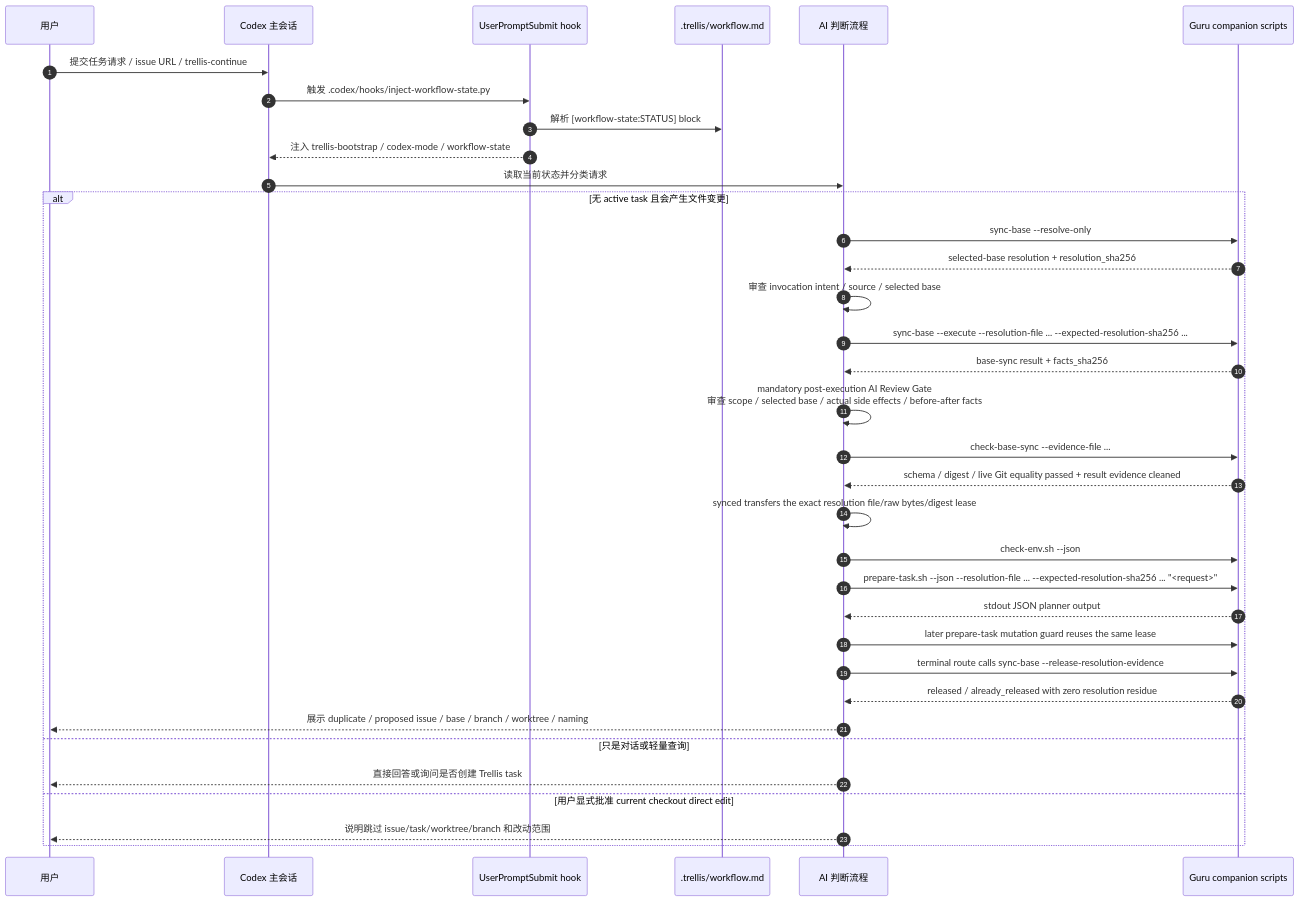
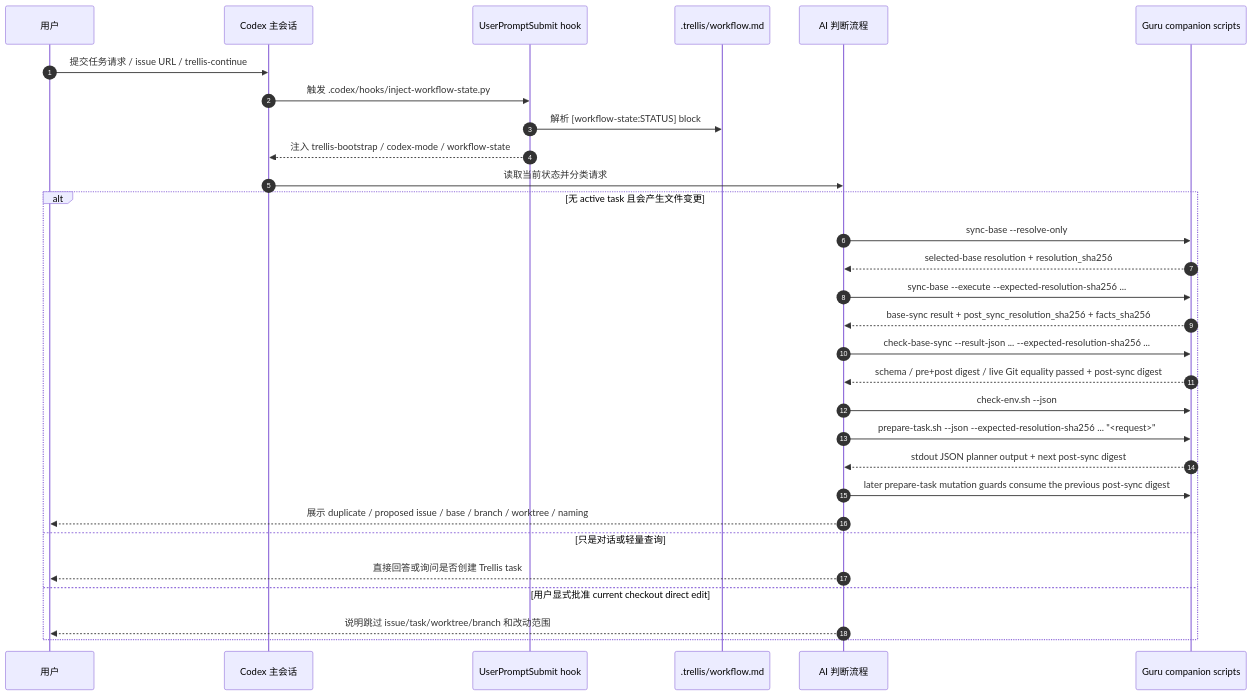
The third of 6 diagrams in docs/requirements/guru-team-trellis-flow.md (castbox/guru-trellis), drawn with Mermaid before and after one commit. The commit also changed other lines of this file and 93 other files, not shown here.

````diff
--- a/docs/requirements/guru-team-trellis-flow.md
+++ b/docs/requirements/guru-team-trellis-flow.md
@@ -128,38 +129,33 @@
 ```mermaid
 sequenceDiagram
   autonumber
   participant User as 用户
   participant Codex as Codex 主会话
   participant Hook as UserPromptSubmit hook
   participant Workflow as .trellis/workflow.md
   participant AI as AI 判断流程
   participant Script as Guru companion scripts
 
   User->>Codex: 提交任务请求 / issue URL / trellis-continue
   Codex->>Hook: 触发 .codex/hooks/inject-workflow-state.py
   Hook->>Workflow: 解析 [workflow-state:STATUS] block
   Hook-->>Codex: 注入 trellis-bootstrap / codex-mode / workflow-state
   Codex->>AI: 读取当前状态并分类请求
   alt 无 active task 且会产生文件变更
     AI->>Script: sync-base --resolve-only
     Script-->>AI: selected-base resolution + resolution_sha256
-    AI->>AI: 审查 invocation intent / source / selected base
-    AI->>Script: sync-base --execute --resolution-file ... --expected-resolution-sha256 ...
-    Script-->>AI: base-sync result + facts_sha256
-    AI->>AI: mandatory post-execution AI Review Gate<br/>审查 scope / selected base / actual side effects / before-after facts
-    AI->>Script: check-base-sync --evidence-file ...
-    Script-->>AI: schema / digest / live Git equality passed + result evidence cleaned
-    AI->>AI: synced transfers the exact resolution file/raw bytes/digest lease
+    AI->>Script: sync-base --execute --expected-resolution-sha256 ...
+    Script-->>AI: base-sync result + post_sync_resolution_sha256 + facts_sha256
+    AI->>Script: check-base-sync --result-json ... --expected-resolution-sha256 ...
+    Script-->>AI: schema / pre+post digest / live Git equality passed + post-sync digest
     AI->>Script: check-env.sh --json
-    AI->>Script: prepare-task.sh --json --resolution-file ... --expected-resolution-sha256 ... "<request>"
-    Script-->>AI: stdout JSON planner output
-    AI->>Script: later prepare-task mutation guard reuses the same lease
-    AI->>Script: terminal route calls sync-base --release-resolution-evidence
-    Script-->>AI: released / already_released with zero resolution residue
+    AI->>Script: prepare-task.sh --json --expected-resolution-sha256 ... "<request>"
+    Script-->>AI: stdout JSON planner output + next post-sync digest
+    AI->>Script: later prepare-task mutation guards consume the previous post-sync digest
     AI-->>User: 展示 duplicate / proposed issue / base / branch / worktree / naming
   else 只是对话或轻量查询
     AI-->>User: 直接回答或询问是否创建 Trellis task
   else 用户显式批准 current checkout direct edit
     AI-->>User: 说明跳过 issue/task/worktree/branch 和改动范围
   end
 ```
````
